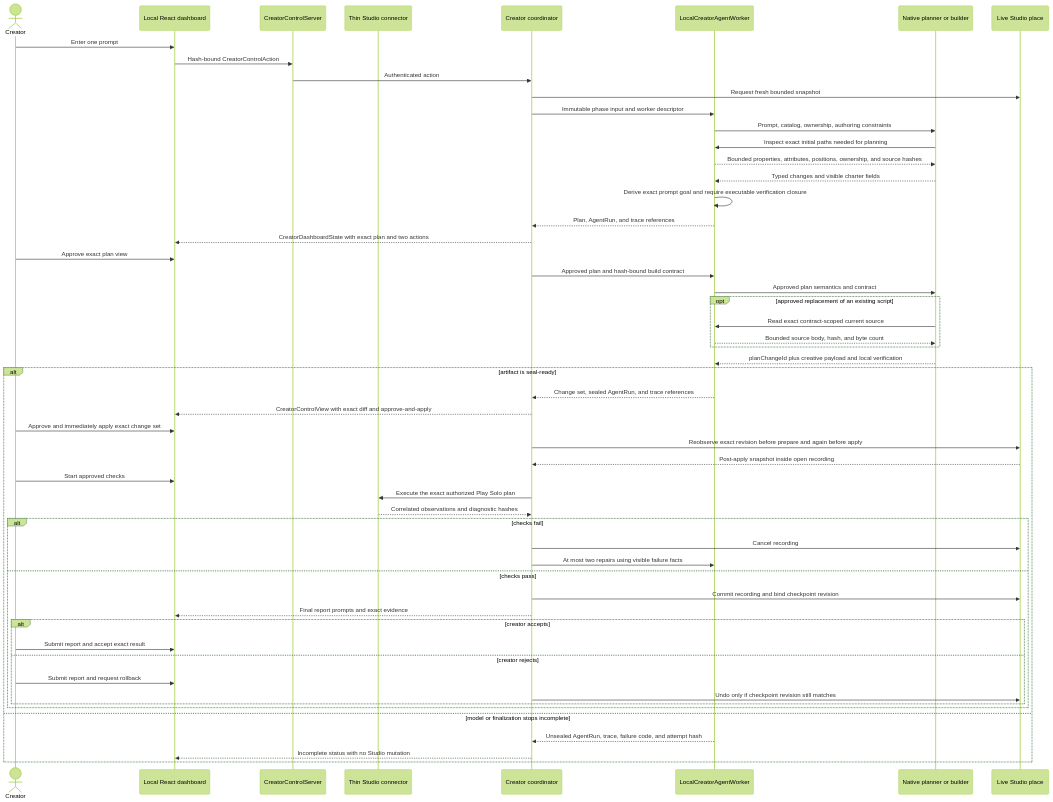
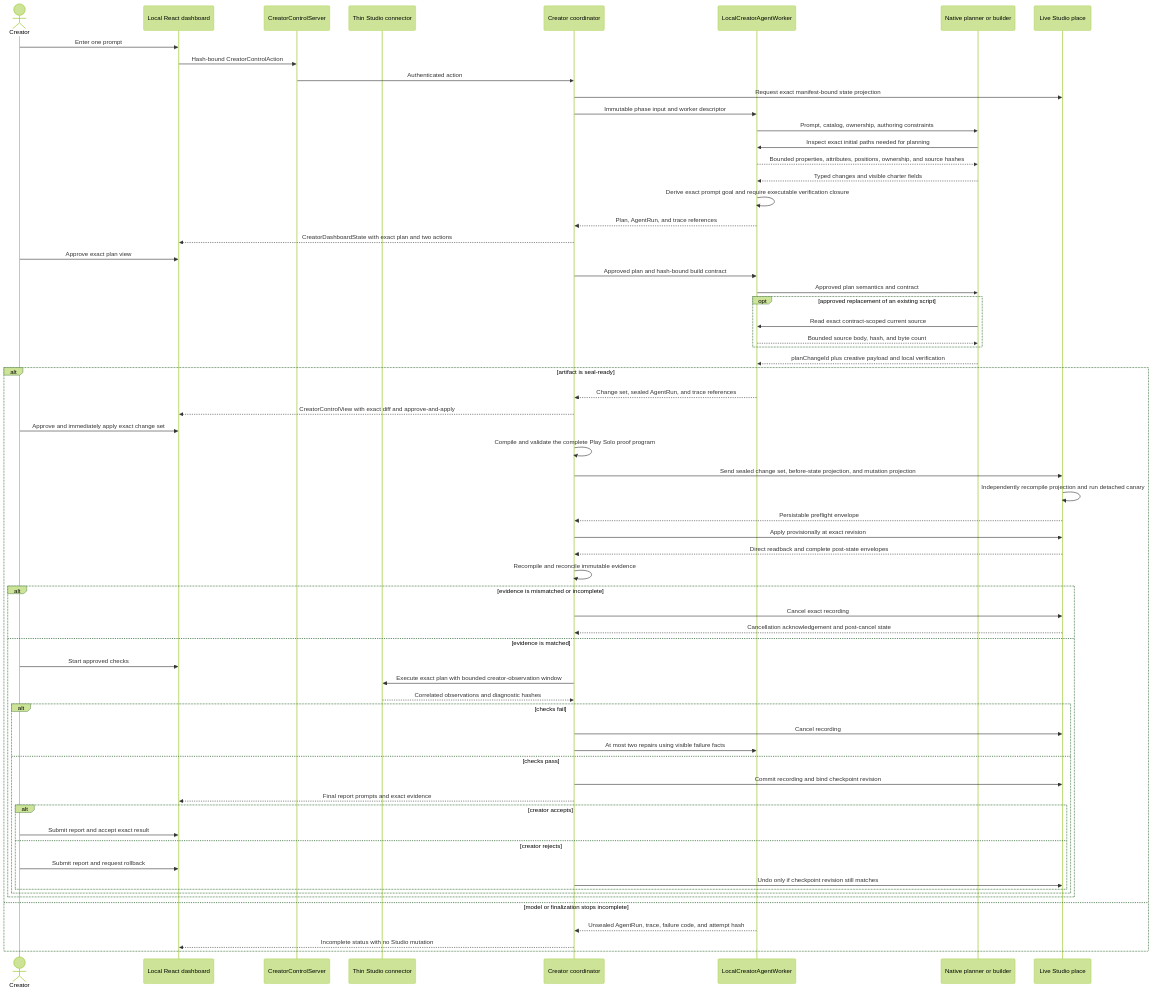
The second of 3 diagrams in docs/ARCHITECTURE.md (mawawdi/forge), drawn with Mermaid (forest theme) before and after one commit. The commit also changed other lines of this file and 86 other files, not shown here.

Commit message:
Refactor Forge architecture and evaluation workflows

````diff
--- a/docs/ARCHITECTURE.md
+++ b/docs/ARCHITECTURE.md
@@ -84,58 +87,68 @@
 ```mermaid
 sequenceDiagram
     actor Creator
     participant Dashboard as Local React dashboard
     participant Control as CreatorControlServer
     participant Plugin as Thin Studio connector
     participant Forge as Creator coordinator
     participant Worker as LocalCreatorAgentWorker
     participant Model as Native planner or builder
     participant Studio as Live Studio place
 
     Creator->>Dashboard: Enter one prompt
     Dashboard->>Control: Hash-bound CreatorControlAction
     Control->>Forge: Authenticated action
-    Forge->>Studio: Request fresh bounded snapshot
+    Forge->>Studio: Request exact manifest-bound state projection
     Forge->>Worker: Immutable phase input and worker descriptor
     Worker->>Model: Prompt, catalog, ownership, authoring constraints
     Model->>Worker: Inspect exact initial paths needed for planning
     Worker-->>Model: Bounded properties, attributes, positions, ownership, and source hashes
     Model-->>Worker: Typed changes and visible charter fields
     Worker->>Worker: Derive exact prompt goal and require executable verification closure
     Worker-->>Forge: Plan, AgentRun, and trace references
     Forge-->>Dashboard: CreatorDashboardState with exact plan and two actions
     Creator->>Dashboard: Approve exact plan view
     Forge->>Worker: Approved plan and hash-bound build contract
     Worker->>Model: Approved plan semantics and contract
     opt approved replacement of an existing script
         Model->>Worker: Read exact contract-scoped current source
         Worker-->>Model: Bounded source body, hash, and byte count
     end
     Model-->>Worker: planChangeId plus creative payload and local verification
     alt artifact is seal-ready
         Worker-->>Forge: Change set, sealed AgentRun, and trace references
         Forge-->>Dashboard: CreatorControlView with exact diff and approve-and-apply
         Creator->>Dashboard: Approve and immediately apply exact change set
-        Forge->>Studio: Reobserve exact revision before prepare and again before apply
-        Studio-->>Forge: Post-apply snapshot inside open recording
+        Forge->>Forge: Compile and validate the complete Play Solo proof program
+        Forge->>Studio: Send sealed change set, before-state projection, and mutation projection
+        Studio->>Studio: Independently recompile projection and run detached canary
+        Studio-->>Forge: Persistable preflight envelope
+        Forge->>Studio: Apply provisionally at exact revision
+        Studio-->>Forge: Direct readback and complete post-state envelopes
+        Forge->>Forge: Recompile and reconcile immutable evidence
+        alt evidence is mismatched or incomplete
+            Forge->>Studio: Cancel exact recording
+            Studio-->>Forge: Cancellation acknowledgement and post-cancel state
+        else evidence is matched
         Creator->>Dashboard: Start approved checks
-        Forge->>Plugin: Execute the exact authorized Play Solo plan
+        Forge->>Plugin: Execute exact plan with bounded creator-observation window
         Plugin-->>Forge: Correlated observations and diagnostic hashes
         alt checks fail
             Forge->>Studio: Cancel recording
             Forge->>Worker: At most two repairs using visible failure facts
         else checks pass
             Forge->>Studio: Commit recording and bind checkpoint revision
             Forge-->>Dashboard: Final report prompts and exact evidence
             alt creator accepts
                 Creator->>Dashboard: Submit report and accept exact result
             else creator rejects
                 Creator->>Dashboard: Submit report and request rollback
-                Forge->>Studio: Undo only if checkpoint revision still matches
+            Forge->>Studio: Undo only if checkpoint revision still matches
             end
+        end
         end
     else model or finalization stops incomplete
         Worker-->>Forge: Unsealed AgentRun, trace, failure code, and attempt hash
         Forge-->>Dashboard: Incomplete status with no Studio mutation
     end
 ```
````
